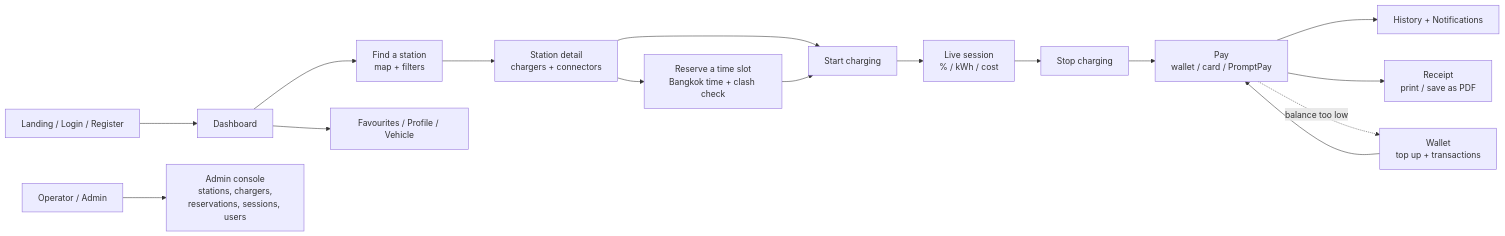
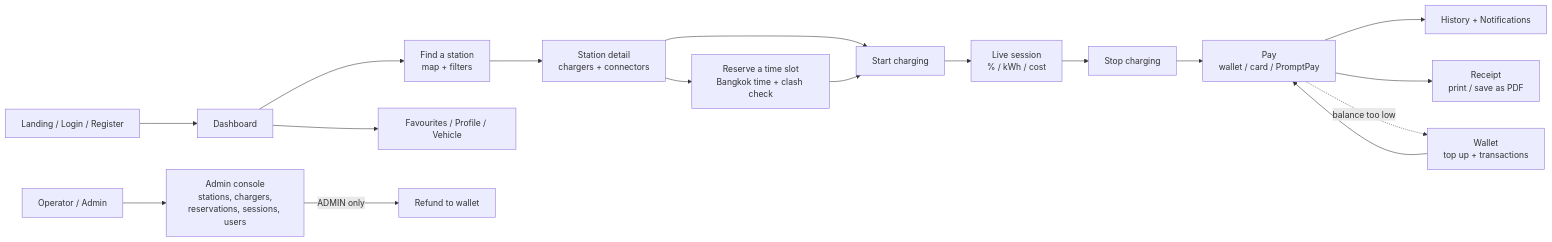
The fifth of 7 diagrams in docs/system-diagrams.md (raftisz/Ev-charging-app), drawn with Mermaid before and after one commit. The commit also changed other lines of this file and 10 other files, not shown here.

First line of the commit message:
Let admins refund a paid charge to the wallet

````diff
--- a/docs/system-diagrams.md
+++ b/docs/system-diagrams.md
@@ -206,18 +206,19 @@
 ```mermaid
 flowchart LR
     A["Landing / Login / Register"] --> B["Dashboard"]
     B --> C["Find a station<br/>map + filters"]
     C --> D["Station detail<br/>chargers + connectors"]
     D --> E["Reserve a time slot<br/>Bangkok time + clash check"]
     D --> F["Start charging"]
     E --> F
     F --> G["Live session<br/>% / kWh / cost"]
     G --> H["Stop charging"]
     H --> I["Pay<br/>wallet / card / PromptPay"]
     I --> J["History + Notifications"]
     I --> R["Receipt<br/>print / save as PDF"]
     I -.->|"balance too low"| W["Wallet<br/>top up + transactions"]
     W --> I
     B --> K["Favourites / Profile / Vehicle"]
     L["Operator / Admin"] --> M["Admin console<br/>stations, chargers,<br/>reservations, sessions, users"]
+    M -->|"ADMIN only"| RF["Refund to wallet"]
 ```
````
